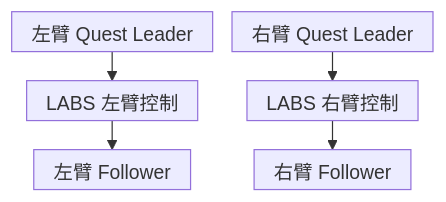
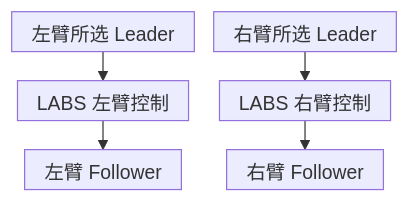
One commit to YYxzz8866/Quest-Proposal changed the third of 4 diagrams in 3、Topic.md. Above: the diagram before and after it, drawn with Mermaid. The commit also changed other lines of this file and 5 other files, not shown here.

````diff
--- a/3、Topic.md
+++ b/3、Topic.md
@@ -99,13 +101,13 @@
 ```mermaid
 %%{init: {"htmlLabels": false, "flowchart": {"htmlLabels": false, "useMaxWidth": true, "nodeSpacing": 16, "rankSpacing": 24, "padding": 8}}}%%
 flowchart TD
-    LLeader["左臂 Quest Leader"]
+    LLeader["左臂所选 Leader"]
     LRelay["LABS 左臂控制"]
     LFollower["左臂 Follower"]
-    RLeader["右臂 Quest Leader"]
+    RLeader["右臂所选 Leader"]
     RRelay["LABS 右臂控制"]
     RFollower["右臂 Follower"]
 
     LLeader --> LRelay --> LFollower
     RLeader --> RRelay --> RFollower
 ```
````
